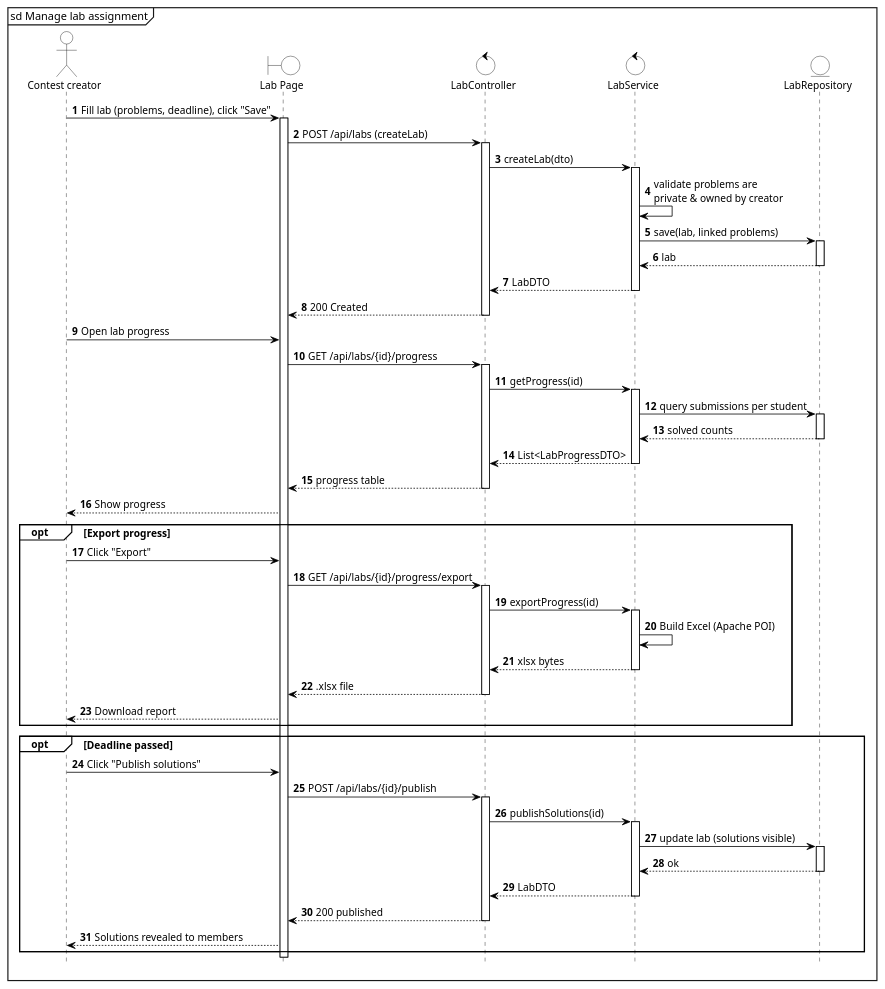
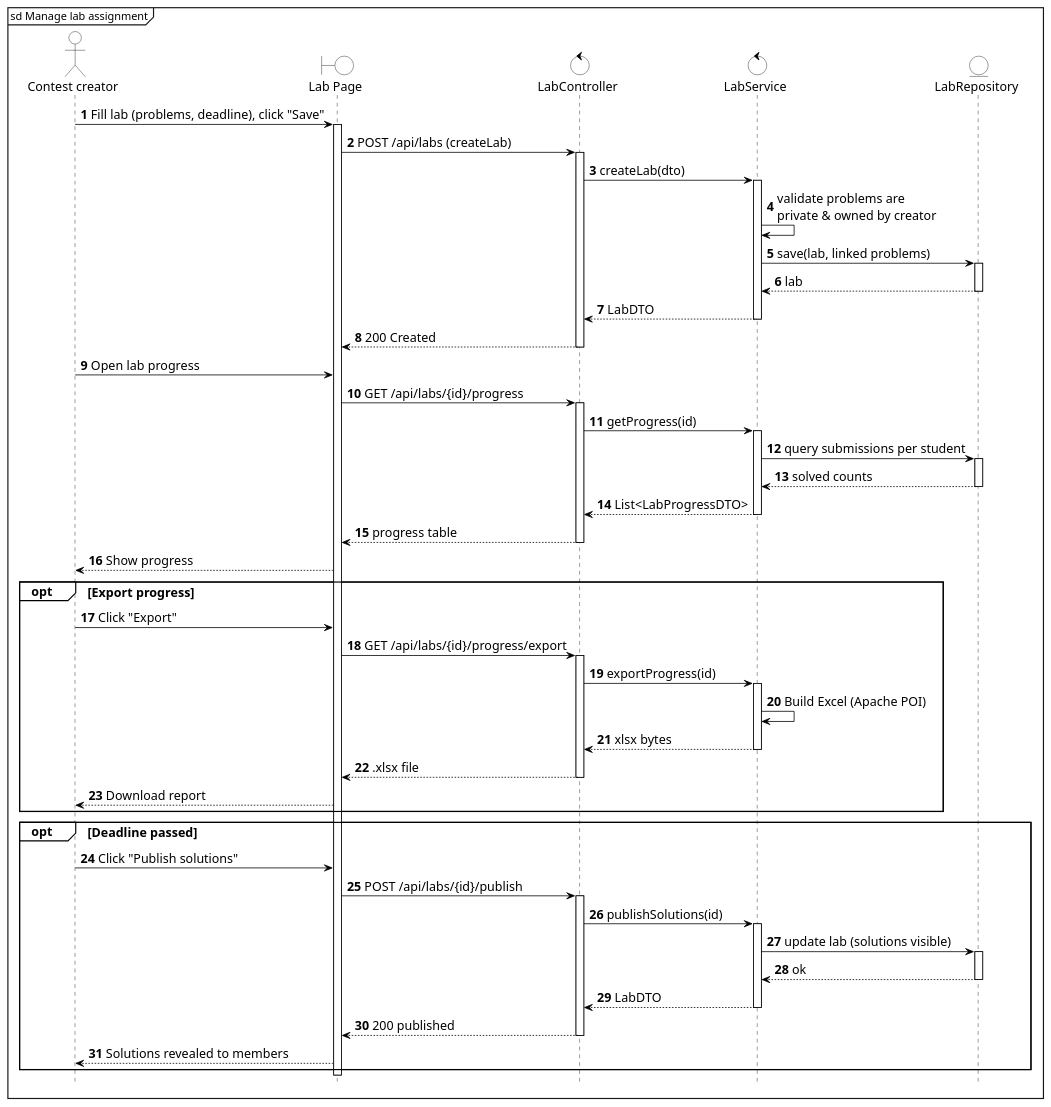
Before and after one commit to InfiniteGosi/TDTUOJ: the diagram in Thesis/final/figures/seq-manage-lab.puml, drawn with PlantUML. The commit also changed 87 other files, not shown here.

```diff
--- a/Thesis/final/figures/seq-manage-lab.puml
+++ b/Thesis/final/figures/seq-manage-lab.puml
@@ -1,92 +1,92 @@
 @startuml seq-manage-lab
 mainframe sd Manage lab assignment
 hide footbox
 skinparam shadowing false
 skinparam defaultFontName Arial
-skinparam defaultFontSize 13
+skinparam defaultFontSize 16
 skinparam SequenceArrowColor #000000
 skinparam SequenceLifeLineBorderColor #000000
 skinparam SequenceGroupBorderColor #000000
 skinparam SequenceGroupBackgroundColor #FFFFFF
 skinparam ParticipantBackgroundColor #FFFFFF
 skinparam ParticipantBorderColor #000000
 skinparam ActorBackgroundColor #FFFFFF
 skinparam ActorBorderColor #000000
 skinparam BoundaryBackgroundColor #FFFFFF
 skinparam BoundaryBorderColor #000000
 skinparam ControlBackgroundColor #FFFFFF
 skinparam ControlBorderColor #000000
 skinparam EntityBackgroundColor #FFFFFF
 skinparam EntityBorderColor #000000
 
 autonumber
 
 actor "Contest creator" as U
 boundary "Lab Page" as UI
 control "LabController" as C
 control "LabService" as S
 entity "LabRepository" as R
 
 U -> UI : Fill lab (problems, deadline), click "Save"
 activate UI
 UI -> C : POST /api/labs (createLab)
 activate C
 C -> S : createLab(dto)
 activate S
 S -> S : validate problems are\nprivate & owned by creator
 S -> R : save(lab, linked problems)
 activate R
 R --> S : lab
 deactivate R
 S --> C : LabDTO
 deactivate S
 C --> UI : 200 Created
 deactivate C
 
 U -> UI : Open lab progress
 UI -> C : GET /api/labs/{id}/progress
 activate C
 C -> S : getProgress(id)
 activate S
 S -> R : query submissions per student
 activate R
 R --> S : solved counts
 deactivate R
 S --> C : List<LabProgressDTO>
 deactivate S
 C --> UI : progress table
 deactivate C
 UI --> U : Show progress
 
 opt Export progress
   U -> UI : Click "Export"
   UI -> C : GET /api/labs/{id}/progress/export
   activate C
   C -> S : exportProgress(id)
   activate S
   S -> S : Build Excel (Apache POI)
   S --> C : xlsx bytes
   deactivate S
   C --> UI : .xlsx file
   deactivate C
   UI --> U : Download report
 end
 
 opt Deadline passed
   U -> UI : Click "Publish solutions"
   UI -> C : POST /api/labs/{id}/publish
   activate C
   C -> S : publishSolutions(id)
   activate S
   S -> R : update lab (solutions visible)
   activate R
   R --> S : ok
   deactivate R
   S --> C : LabDTO
   deactivate S
   C --> UI : 200 published
   deactivate C
   UI --> U : Solutions revealed to members
 end
 deactivate UI
 @enduml
```
